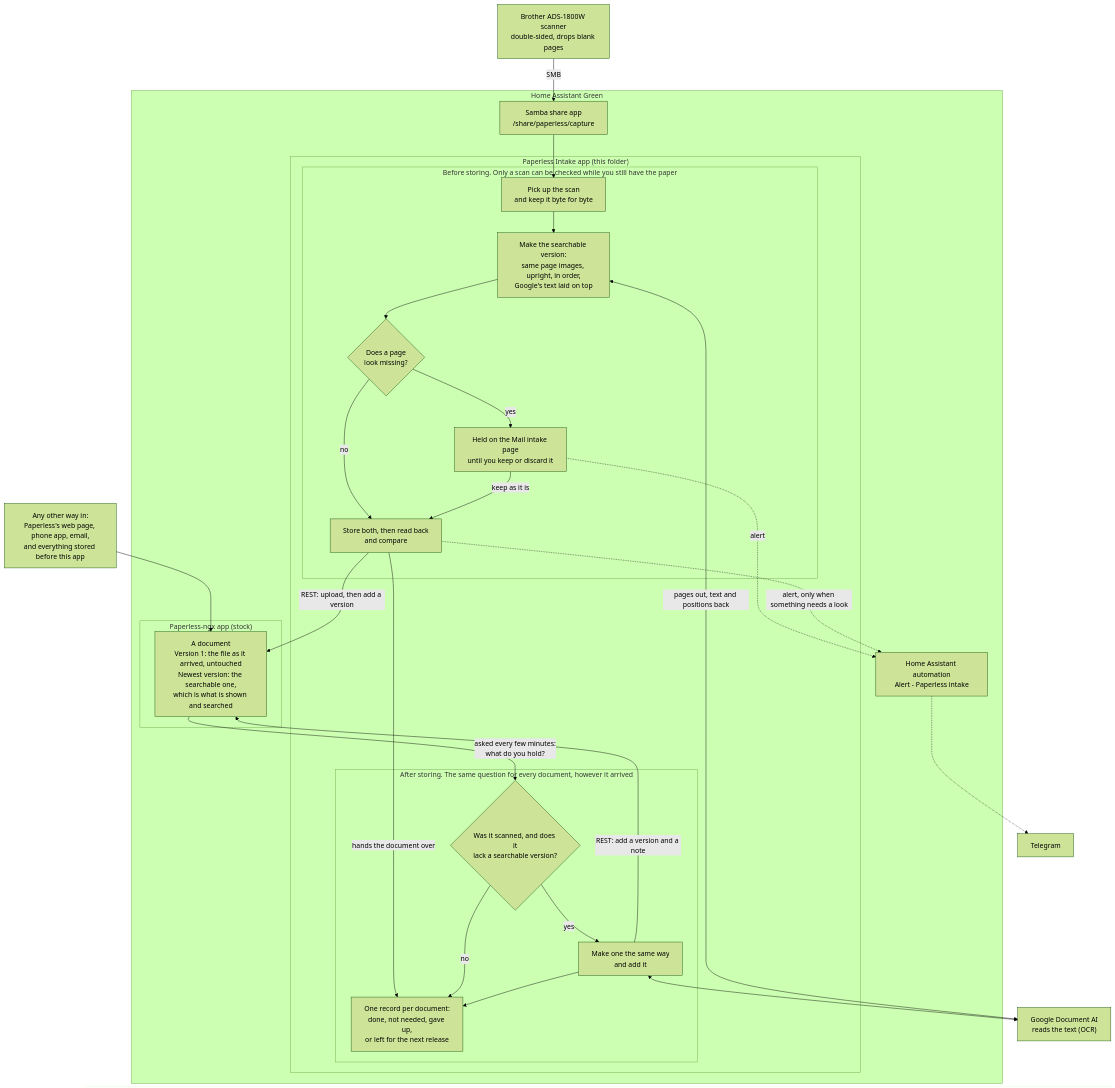
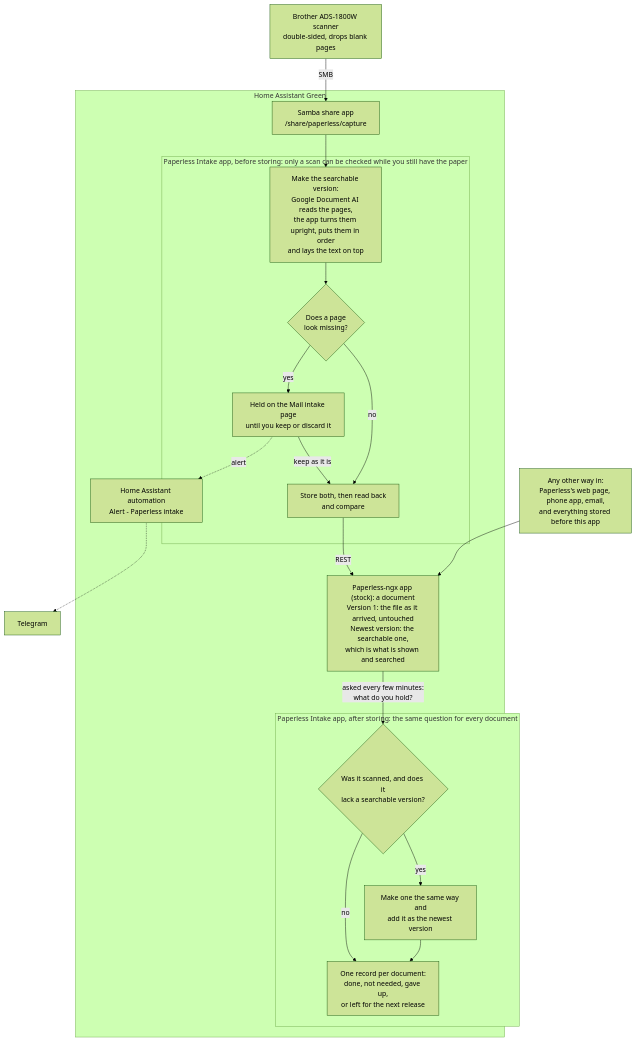
One commit to JaneJeon/homeassistant-apps changed the diagram in paperless-ngx-intake/README.md. Above: the diagram before and after it, drawn with Mermaid (forest theme). The commit also changed other lines of this file, not shown here.

Commit message:
README: redraw the picture so it reads top to bottom
Looked at as GitHub renders it, the first version was a tangle: three levels
of nested boxes and long lines crossing them. Two boxes, no line running
back up, and Google named where it is used.

Claude-Session: https://claude.ai/code/session_01Deh6zaP7MxCbQXdD5YCGX7

````diff
--- a/paperless-ngx-intake/README.md
+++ b/paperless-ngx-intake/README.md
@@ -7,50 +7,38 @@
 ```mermaid
 flowchart TD
     scanner["Brother ADS-1800W scanner<br/>double-sided, drops blank pages"]
     doors["Any other way in:<br/>Paperless's web page, phone app, email,<br/>and everything stored before this app"]
-    google["Google Document AI<br/>reads the text (OCR)"]
     telegram["Telegram"]
 
     subgraph green["Home Assistant Green"]
         samba["Samba share app<br/>/share/paperless/capture"]
 
-        subgraph intake["Paperless Intake app (this folder)"]
-            subgraph first["Before storing. Only a scan can be checked while you still have the paper"]
-                pick["Pick up the scan<br/>and keep it byte for byte"]
-                make["Make the searchable version:<br/>same page images, upright, in order,<br/>Google's text laid on top"]
-                gap{"Does a page<br/>look missing?"}
-                held["Held on the Mail intake page<br/>until you keep or discard it"]
-                store["Store both, then read back<br/>and compare"]
-            end
-            subgraph second["After storing. The same question for every document, however it arrived"]
-                need{"Was it scanned, and does it<br/>lack a searchable version?"}
-                add["Make one the same way<br/>and add it"]
-                record["One record per document:<br/>done, not needed, gave up,<br/>or left for the next release"]
-            end
+        subgraph before["Paperless Intake app, before storing: only a scan can be checked while you still have the paper"]
+            make["Make the searchable version:<br/>Google Document AI reads the pages,<br/>the app turns them upright, puts them in order<br/>and lays the text on top"]
+            gap{"Does a page<br/>look missing?"}
+            held["Held on the Mail intake page<br/>until you keep or discard it"]
+            store["Store both, then read back<br/>and compare"]
         end
 
-        subgraph paperless["Paperless-ngx app (stock)"]
-            doc["A document<br/>Version 1: the file as it arrived, untouched<br/>Newest version: the searchable one,<br/>which is what is shown and searched"]
+        doc["Paperless-ngx app (stock): a document<br/>Version 1: the file as it arrived, untouched<br/>Newest version: the searchable one,<br/>which is what is shown and searched"]
+
+        subgraph after["Paperless Intake app, after storing: the same question for every document"]
+            need{"Was it scanned, and does it<br/>lack a searchable version?"}
+            add["Make one the same way and<br/>add it as the newest version"]
+            record["One record per document:<br/>done, not needed, gave up,<br/>or left for the next release"]
         end
 
         ha["Home Assistant automation<br/>Alert - Paperless intake"]
     end
 
-    scanner -- "SMB" --> samba --> pick --> make --> gap
+    scanner -- "SMB" --> samba --> make --> gap
+    gap -- "no" --> store
     gap -- "yes" --> held
-    gap -- "no" --> store
     held -- "keep as it is" --> store
-    store -- "REST: upload, then add a version" --> doc
-    store -- "hands the document over" --> record
+    store -- "REST" --> doc
     doors --> doc
     doc -- "asked every few minutes:<br/>what do you hold?" --> need
-    need -- "yes" --> add
+    need -- "yes" --> add --> record
     need -- "no" --> record
-    add -- "REST: add a version and a note" --> doc
-    add --> record
-    make <-- "pages out, text and positions back" --> google
-    add <--> google
-    held -. "alert" .-> ha
-    store -. "alert, only when something needs a look" .-> ha
-    ha -.-> telegram
+    held -. "alert" .-> ha -.-> telegram
 ```
````
